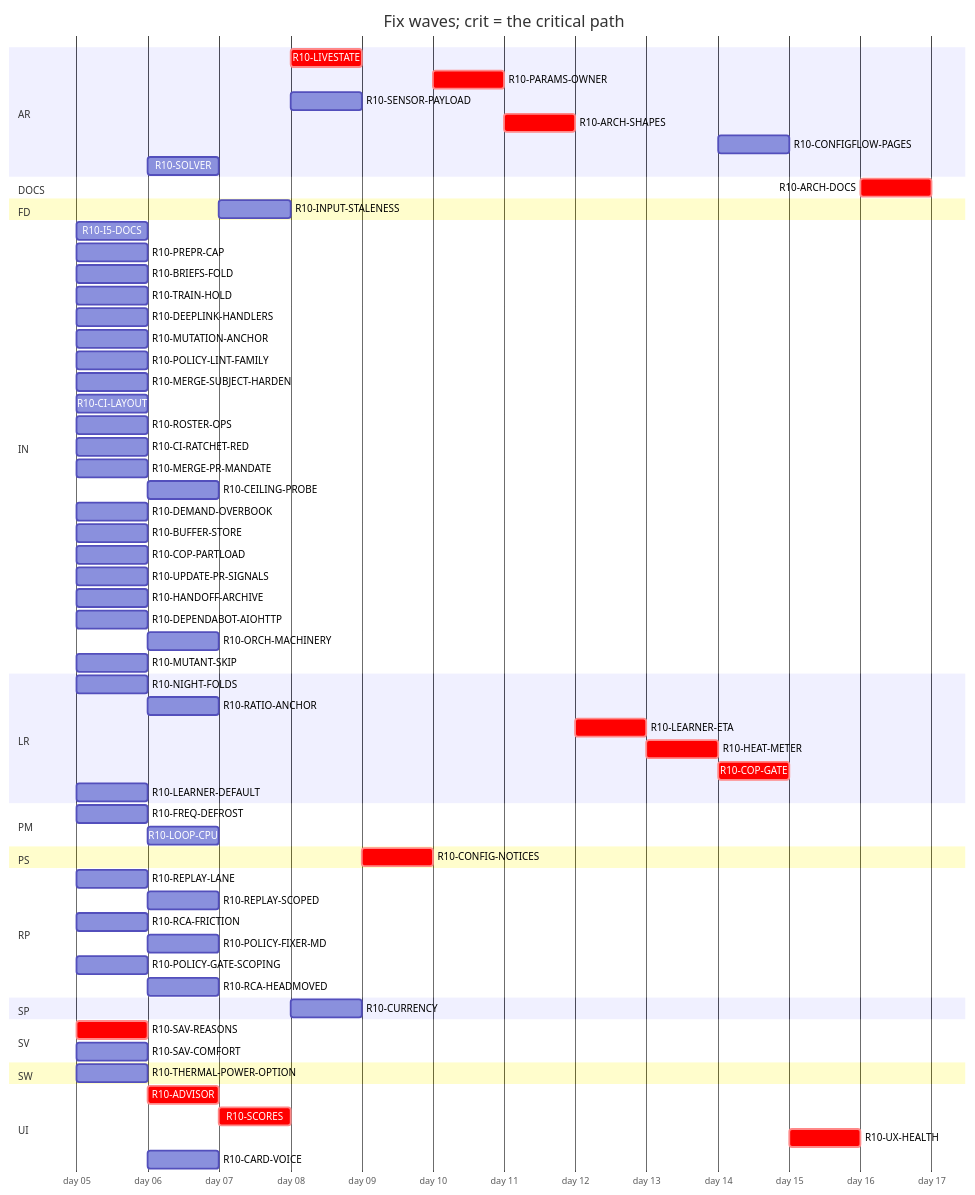
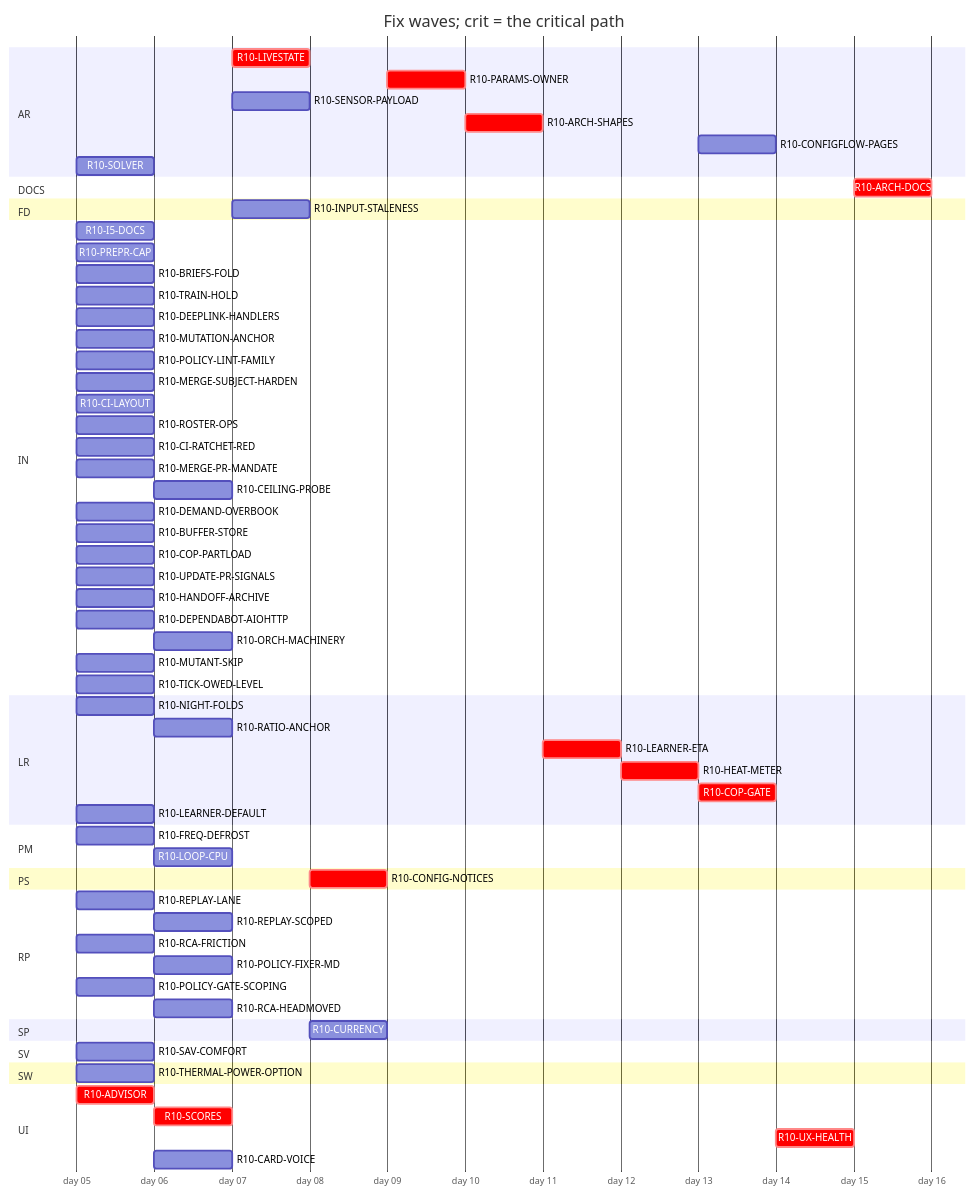
The diagram in handoff/round10/state/PLAN-TABLE.md (tvofi/heatpump_optimizer), drawn with Mermaid before and after one commit. The commit also changed other lines of this file and 2 other files, not shown here.

````diff
--- a/handoff/round10/state/PLAN-TABLE.md
+++ b/handoff/round10/state/PLAN-TABLE.md
@@ -25,70 +25,70 @@
 ```mermaid
 gantt
   title Fix waves; crit = the critical path
   dateFormat YYYY-MM-DD
   axisFormat day %d
   section AR
     R10-LIVESTATE :crit, r10LIVESTATE, after r10SCORES, 1d
     R10-PARAMS-OWNER :crit, r10PARAMSOWNER, after r10CONFIGNOTICES, 1d
     R10-SENSOR-PAYLOAD :r10SENSORPAYLOAD, after r10SCORES, 1d
     R10-ARCH-SHAPES :crit, r10ARCHSHAPES, after r10PARAMSOWNER r10SENSORPAYLOAD r10FREQDEFROST, 1d
     R10-CONFIGFLOW-PAGES :r10CONFIGFLOWPAGES, after r10HEATMETER, 1d
-    R10-SOLVER :r10SOLVER, after r10SAVREASONS, 1d
+    R10-SOLVER :r10SOLVER, 2026-01-05, 1d
   section DOCS
-    R10-ARCH-DOCS :crit, r10ARCHDOCS, after r10NIGHTFOLDS r10RATIOANCHOR r10INPUTSTALENESS r10CURRENCY r10FREQDEFROST r10LOOPCPU r10SAVREASONS r10ADVISOR r10SCORES r10LIVESTATE r10CONFIGNOTICES r10PARAMSOWNER r10SENSORPAYLOAD r10ARCHSHAPES r10LEARNERETA r10HEATMETER r10COPGATE r10UXHEALTH r10CONFIGFLOWPAGES r10SOLVER r10I5DOCS r10BRIEFSFOLD r10REPLAYLANE r10REPLAYSCOPED r10TRAINHOLD r10DEEPLINKHANDLERS, 1d
+    R10-ARCH-DOCS :crit, r10ARCHDOCS, after r10NIGHTFOLDS r10RATIOANCHOR r10INPUTSTALENESS r10CURRENCY r10FREQDEFROST r10LOOPCPU r10ADVISOR r10SCORES r10LIVESTATE r10CONFIGNOTICES r10PARAMSOWNER r10SENSORPAYLOAD r10ARCHSHAPES r10LEARNERETA r10HEATMETER r10COPGATE r10UXHEALTH r10CONFIGFLOWPAGES r10SOLVER r10I5DOCS r10BRIEFSFOLD r10REPLAYLANE r10REPLAYSCOPED r10TRAINHOLD r10DEEPLINKHANDLERS, 1d
   section FD
     R10-INPUT-STALENESS :r10INPUTSTALENESS, after r10RATIOANCHOR, 1d
   section IN
     R10-I5-DOCS :r10I5DOCS, 2026-01-05, 1d
     R10-PREPR-CAP :r10PREPRCAP, 2026-01-05, 1d
     R10-BRIEFS-FOLD :r10BRIEFSFOLD, 2026-01-05, 1d
     R10-TRAIN-HOLD :r10TRAINHOLD, 2026-01-05, 1d
     R10-DEEPLINK-HANDLERS :r10DEEPLINKHANDLERS, 2026-01-05, 1d
     R10-MUTATION-ANCHOR :r10MUTATIONANCHOR, 2026-01-05, 1d
     R10-POLICY-LINT-FAMILY :r10POLICYLINTFAMILY, 2026-01-05, 1d
     R10-MERGE-SUBJECT-HARDEN :r10MERGESUBJECTHARDEN, 2026-01-05, 1d
     R10-CI-LAYOUT :r10CILAYOUT, 2026-01-05, 1d
     R10-ROSTER-OPS :r10ROSTEROPS, 2026-01-05, 1d
     R10-CI-RATCHET-RED :r10CIRATCHETRED, 2026-01-05, 1d
     R10-MERGE-PR-MANDATE :r10MERGEPRMANDATE, 2026-01-05, 1d
     R10-CEILING-PROBE :r10CEILINGPROBE, after r10CILAYOUT r10NIGHTFOLDS, 1d
     R10-DEMAND-OVERBOOK :r10DEMANDOVERBOOK, 2026-01-05, 1d
     R10-BUFFER-STORE :r10BUFFERSTORE, 2026-01-05, 1d
     R10-COP-PARTLOAD :r10COPPARTLOAD, 2026-01-05, 1d
     R10-UPDATE-PR-SIGNALS :r10UPDATEPRSIGNALS, 2026-01-05, 1d
     R10-HANDOFF-ARCHIVE :r10HANDOFFARCHIVE, 2026-01-05, 1d
     R10-DEPENDABOT-AIOHTTP :r10DEPENDABOTAIOHTTP, 2026-01-05, 1d
     R10-ORCH-MACHINERY :r10ORCHMACHINERY, after r10ROSTEROPS r10CILAYOUT, 1d
     R10-MUTANT-SKIP :r10MUTANTSKIP, 2026-01-05, 1d
+    R10-TICK-OWED-LEVEL :r10TICKOWEDLEVEL, 2026-01-05, 1d
   section LR
     R10-NIGHT-FOLDS :r10NIGHTFOLDS, 2026-01-05, 1d
     R10-RATIO-ANCHOR :r10RATIOANCHOR, after r10NIGHTFOLDS, 1d
     R10-LEARNER-ETA :crit, r10LEARNERETA, after r10ARCHSHAPES, 1d
     R10-HEAT-METER :crit, r10HEATMETER, after r10LEARNERETA r10INPUTSTALENESS r10RATIOANCHOR, 1d
     R10-COP-GATE :crit, r10COPGATE, after r10HEATMETER r10SENSORPAYLOAD, 1d
     R10-LEARNER-DEFAULT :r10LEARNERDEFAULT, 2026-01-05, 1d
   section PM
     R10-FREQ-DEFROST :r10FREQDEFROST, 2026-01-05, 1d
     R10-LOOP-CPU :r10LOOPCPU, after r10FREQDEFROST, 1d
   section PS
     R10-CONFIG-NOTICES :crit, r10CONFIGNOTICES, after r10LIVESTATE, 1d
   section RP
     R10-REPLAY-LANE :r10REPLAYLANE, 2026-01-05, 1d
     R10-REPLAY-SCOPED :r10REPLAYSCOPED, after r10REPLAYLANE r10TRAINHOLD, 1d
     R10-RCA-FRICTION :r10RCAFRICTION, 2026-01-05, 1d
     R10-POLICY-FIXER-MD :r10POLICYFIXERMD, after r10RCAFRICTION r10BRIEFSFOLD, 1d
     R10-POLICY-GATE-SCOPING :r10POLICYGATESCOPING, 2026-01-05, 1d
     R10-RCA-HEADMOVED :r10RCAHEADMOVED, after r10RCAFRICTION, 1d
   section SP
     R10-CURRENCY :r10CURRENCY, after r10INPUTSTALENESS, 1d
   section SV
-    R10-SAV-REASONS :crit, r10SAVREASONS, 2026-01-05, 1d
     R10-SAV-COMFORT :r10SAVCOMFORT, 2026-01-05, 1d
   section SW
     R10-THERMAL-POWER-OPTION :r10THERMALPOWEROPTION, 2026-01-05, 1d
   section UI
-    R10-ADVISOR :crit, r10ADVISOR, after r10SAVREASONS, 1d
+    R10-ADVISOR :crit, r10ADVISOR, 2026-01-05, 1d
     R10-SCORES :crit, r10SCORES, after r10ADVISOR, 1d
     R10-UX-HEALTH :crit, r10UXHEALTH, after r10SCORES r10COPGATE r10HEATMETER, 1d
     R10-CARD-VOICE :r10CARDVOICE, after r10DEEPLINKHANDLERS, 1d
 ```
````
